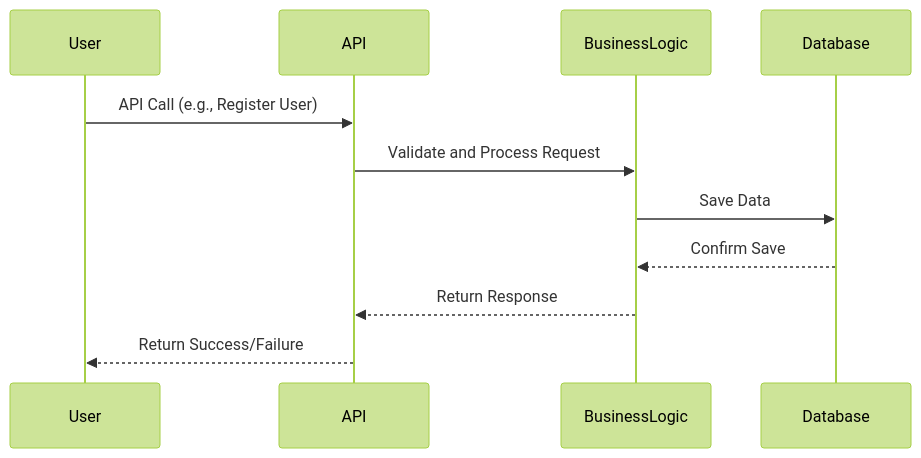
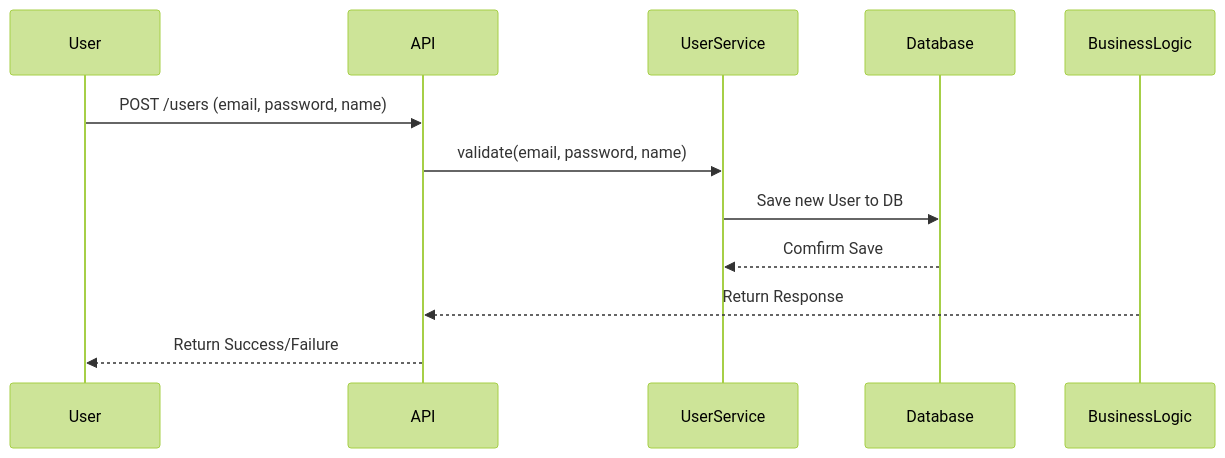
One commit to Roullito/holbertonschool-hbnb changed the diagram in part1/2_Sequence_Diagrams.md. Above: the diagram before and after it, drawn with Mermaid (forest theme).

Commit message:
fix: user registration diagram to be more accurate

````diff
--- a/part1/2_Sequence_Diagrams.md
+++ b/part1/2_Sequence_Diagrams.md
@@ -3,15 +3,15 @@
 ```mermaid
 sequenceDiagram
-participant User
-participant API
-participant BusinessLogic
-participant Database
+    participant User
+    participant API
+    participant UserService
+    participant Database
 
-User->>API: API Call (e.g., Register User)
-API->>BusinessLogic: Validate and Process Request
-BusinessLogic->>Database: Save Data
-Database-->>BusinessLogic: Confirm Save
-BusinessLogic-->>API: Return Response
-API-->>User: Return Success/Failure
+    User->>API: POST /users (email, password, name)
+    API->>UserService: validate(email, password, name)
+    UserService->>Database: Save new User to DB
+    Database-->>UserService: Comfirm Save
+    BusinessLogic-->>API: Return Response
+	API-->>User: Return Success/Failure
 
 ```
````
